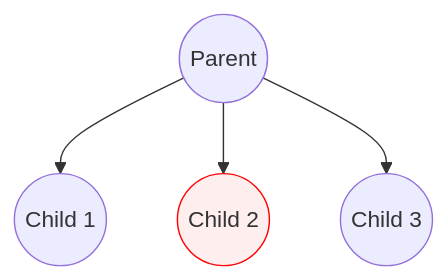
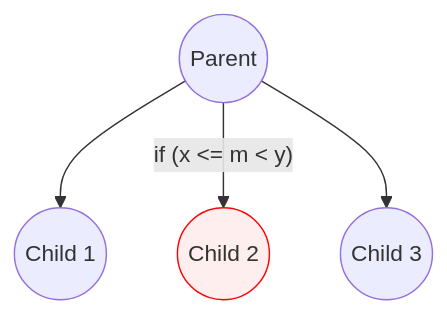
Before and after one commit to CHOYUNSIG/algorithm_with_bojtag: the fourth of 5 diagrams in public/post/euler_tour_technique.md, drawn with Mermaid. The commit also changed other lines of this file and 14 other files, not shown here.

```diff
--- a/public/post/euler_tour_technique.md
+++ b/public/post/euler_tour_technique.md
@@ -100,16 +93,13 @@
 <pre class="mermaid">
     graph TD
         A --> B
-        A -- <span class="mathjax mj0"></span> --> C
+        A -- <p>if (x <= m < y)</p> --> C
         A --> D
 
     A((Parent))
-    B(("Child 1
-    <span class="mathjax mj1"></span>"))
-    C(("Child 2
-    <span class="mathjax mj2"></span>")):::red
-    D(("Child 3
-    <span class="mathjax mj3"></span>"))
+    B((Child 1))
+    C((Child 2)):::red
+    D((Child 3))
 
     classDef red stroke:#F00, fill:#FEE
 </pre>
```
